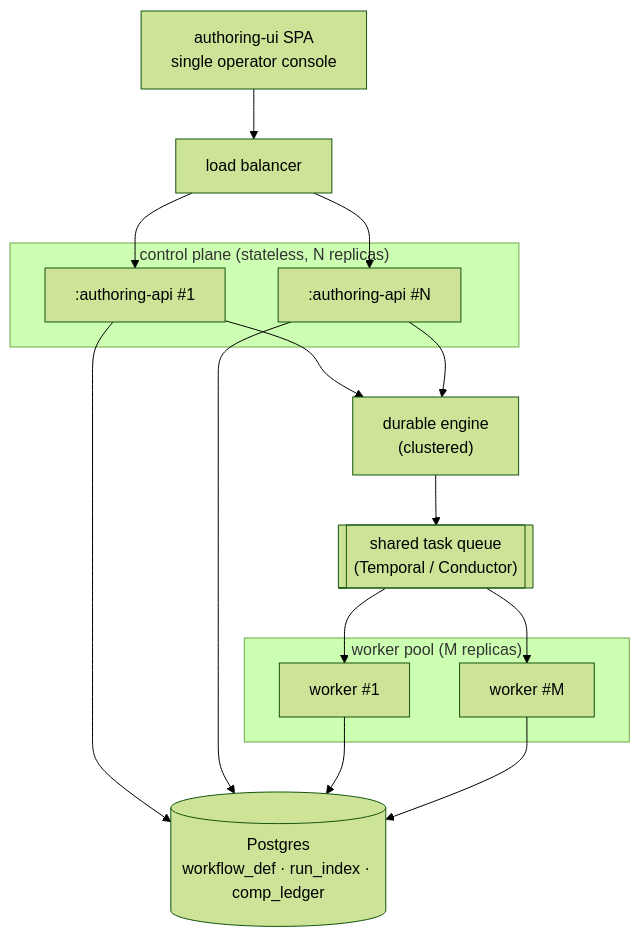
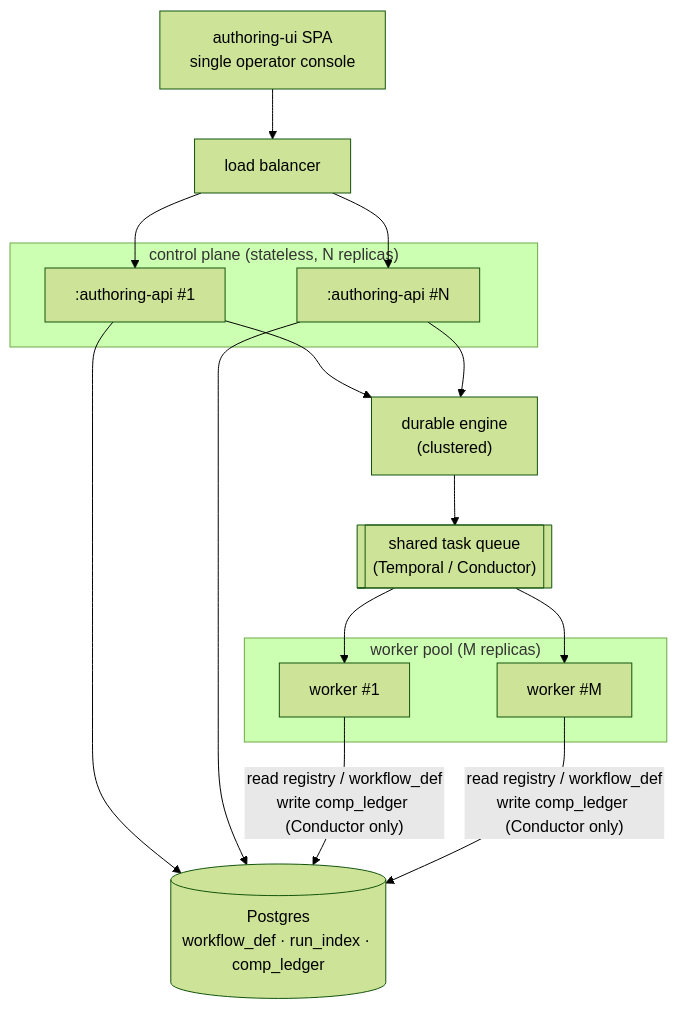
The sixth of 6 diagrams in docs/architecture.md (yggdrasil-iiot/hermod), drawn with Mermaid (forest theme) before and after one commit. The commit also changed other lines of this file and 5 other files, not shown here.

````diff
--- a/docs/architecture.md
+++ b/docs/architecture.md
@@ -373,28 +381,28 @@
 ```mermaid
 flowchart TB
   spa["authoring-ui SPA<br/>single operator console"]
   lb["load balancer"]
   subgraph cp["control plane (stateless, N replicas)"]
     api1[":authoring-api #1"]
     api2[":authoring-api #N"]
   end
   tq[["shared task queue<br/>(Temporal / Conductor)"]]
   subgraph wk["worker pool (M replicas)"]
     w1["worker #1"]
     w2["worker #M"]
   end
   pg[("Postgres<br/>workflow_def · run_index · comp_ledger")]
   eng["durable engine<br/>(clustered)"]
 
   spa --> lb --> api1
   lb --> api2
   api1 --> eng
   api2 --> eng
   api1 --> pg
   api2 --> pg
   eng --> tq
   tq --> w1
   tq --> w2
-  w1 --> pg
-  w2 --> pg
+  w1 -->|"read registry / workflow_def<br/>write comp_ledger (Conductor only)"| pg
+  w2 -->|"read registry / workflow_def<br/>write comp_ledger (Conductor only)"| pg
 ```
````
